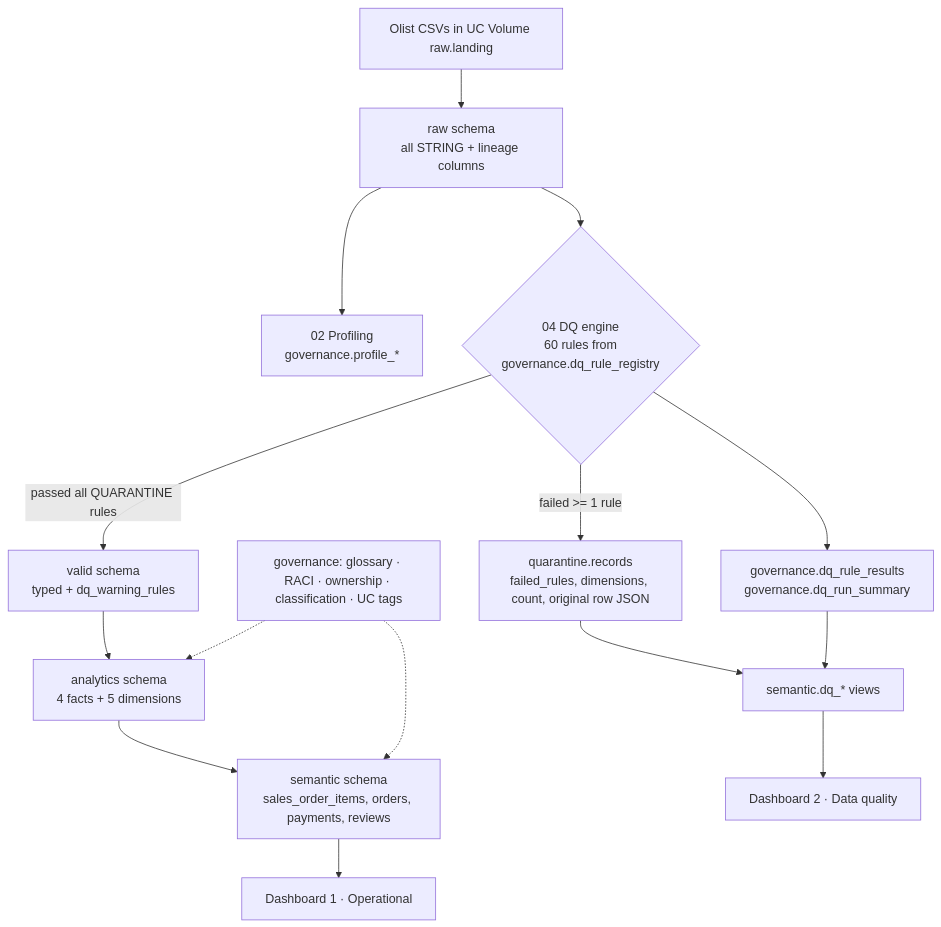
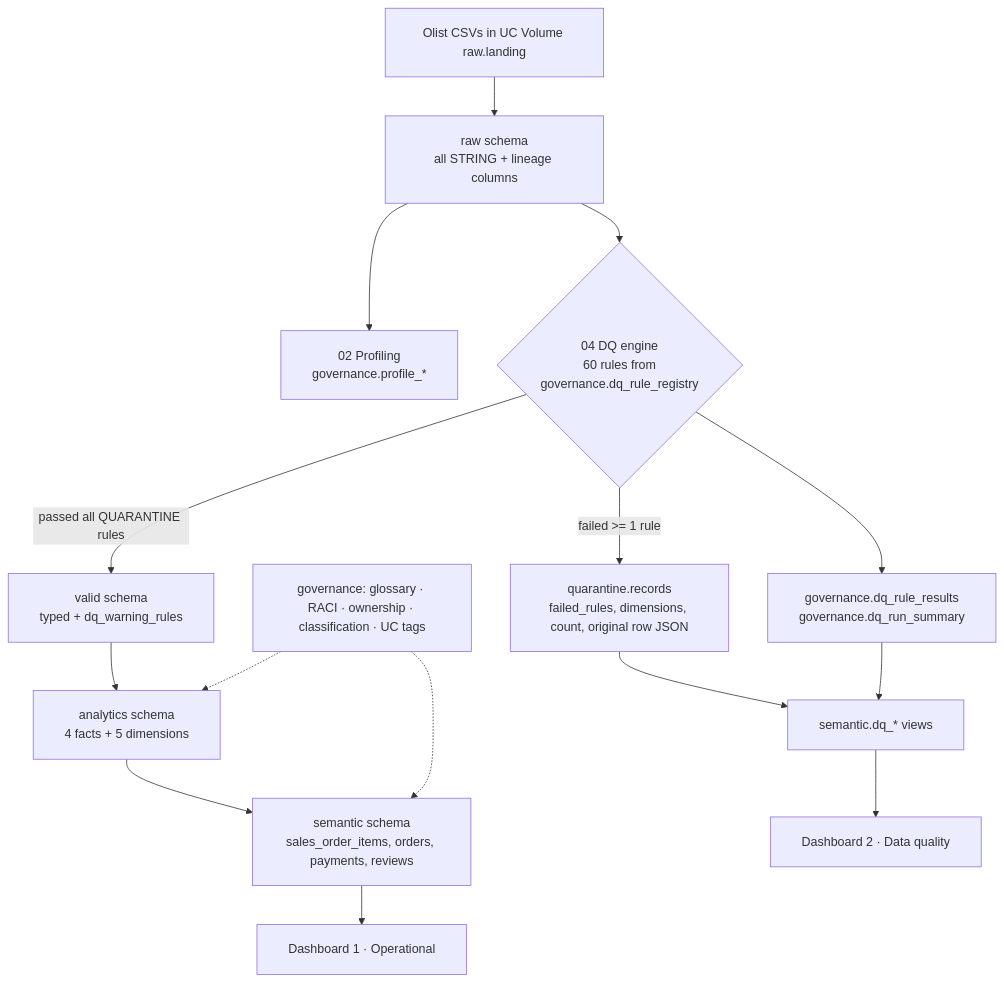
Before and after one commit to theoverseeer/asb-cs6-olist-data-governance: the diagram in README.md, drawn with Mermaid.

Commit message:
Add padding to architecture diagram

````diff
--- a/README.md
+++ b/README.md
@@ -9,17 +9,18 @@
 ```mermaid
+%%{init: {"flowchart": {"padding": 20}}}%%
 flowchart TD
     A[Olist CSVs in UC Volume raw.landing] --> B[raw schema<br/>all STRING + lineage columns]
     B --> P[02 Profiling<br/>governance.profile_*]
     B --> C{04 DQ engine<br/>60 rules from<br/>governance.dq_rule_registry}
     C -->|passed all QUARANTINE rules| V[valid schema<br/>typed + dq_warning_rules]
     C -->|failed >= 1 rule| Q[quarantine.records<br/>failed_rules, dimensions, count, original row JSON]
     C --> R[governance.dq_rule_results<br/>governance.dq_run_summary]
     V --> M[analytics schema<br/>4 facts + 5 dimensions]
     M --> S[semantic schema<br/>sales_order_items, orders, payments, reviews]
     Q --> D[semantic.dq_* views]
     R --> D
     S --> O[Dashboard 1 · Operational]
     D --> X[Dashboard 2 · Data quality]
     G[governance: glossary · RACI · ownership · classification · UC tags] -.-> M
     G -.-> S
 ```
````
